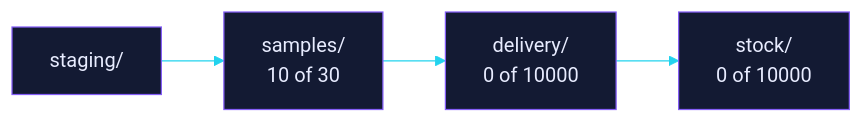
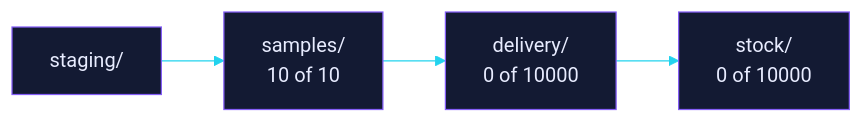
Before and after one commit to EtharaLabs/erza-samples: the second of 2 diagrams in README.md, drawn with Mermaid. The commit also changed other lines of this file, not shown here.

````diff
--- a/README.md
+++ b/README.md
@@ -140,8 +141,8 @@
 ```mermaid
 %%{init: {"theme":"base","themeVariables":{"primaryColor":"#131a33","primaryTextColor":"#e8ecff","primaryBorderColor":"#845EF7","lineColor":"#22d3ee","fontFamily":"monospace"}}}%%
 flowchart LR
     staging["staging/"]
-    staging --> samples["samples/<br/>10 of 30"]
+    staging --> samples["samples/<br/>10 of 10"]
     samples --> delivery["delivery/<br/>0 of 10000"]
     delivery --> stock["stock/<br/>0 of 10000"]
 ```
````
